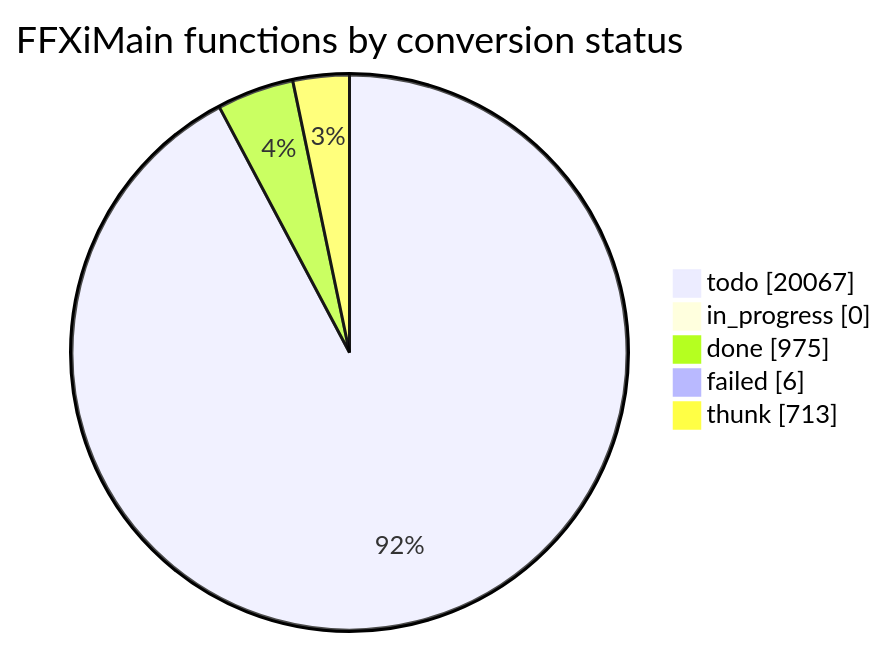
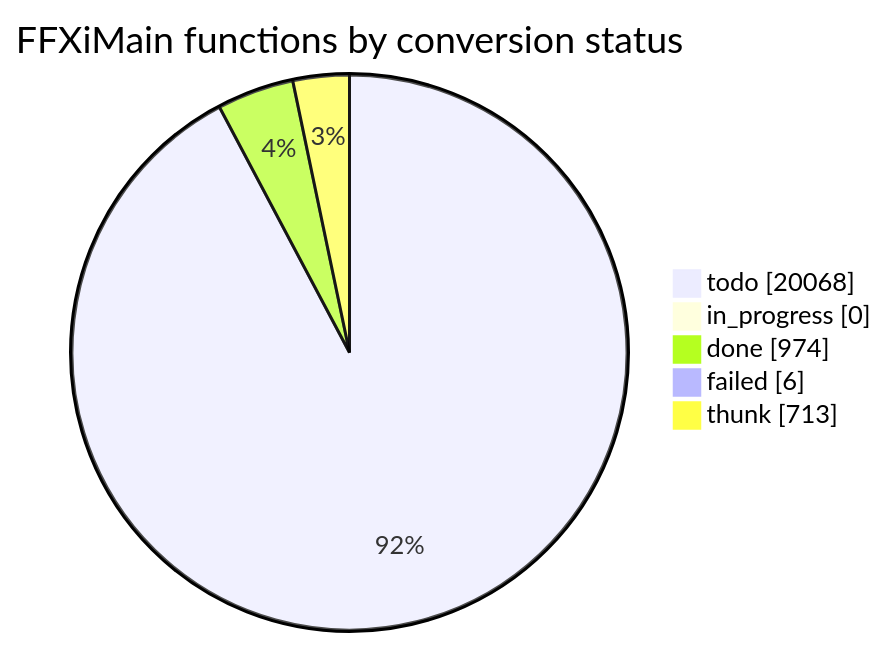
Before and after one commit to cowrevenge/cow_kuluu_xi_anything: the diagram in docs/cow/STATUS.md, drawn with Mermaid. The commit also changed other lines of this file and 6 other files, not shown here.

````diff
--- a/docs/cow/STATUS.md
+++ b/docs/cow/STATUS.md
@@ -19,9 +19,9 @@
 ```mermaid
 pie showData
     title FFXiMain functions by conversion status
-    "todo" : 20067
+    "todo" : 20068
     "in_progress" : 0
-    "done" : 975
+    "done" : 974
     "failed" : 6
     "thunk" : 713
 ```
````
